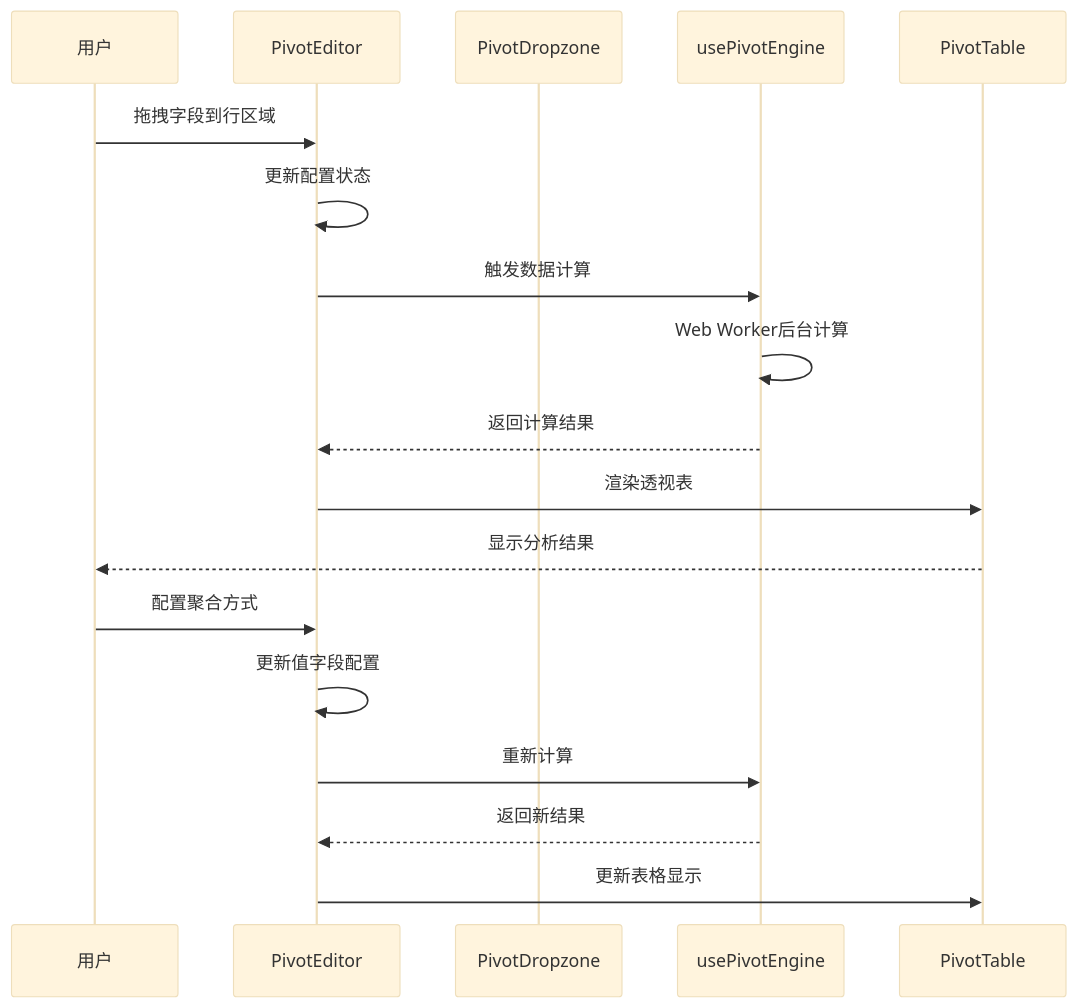
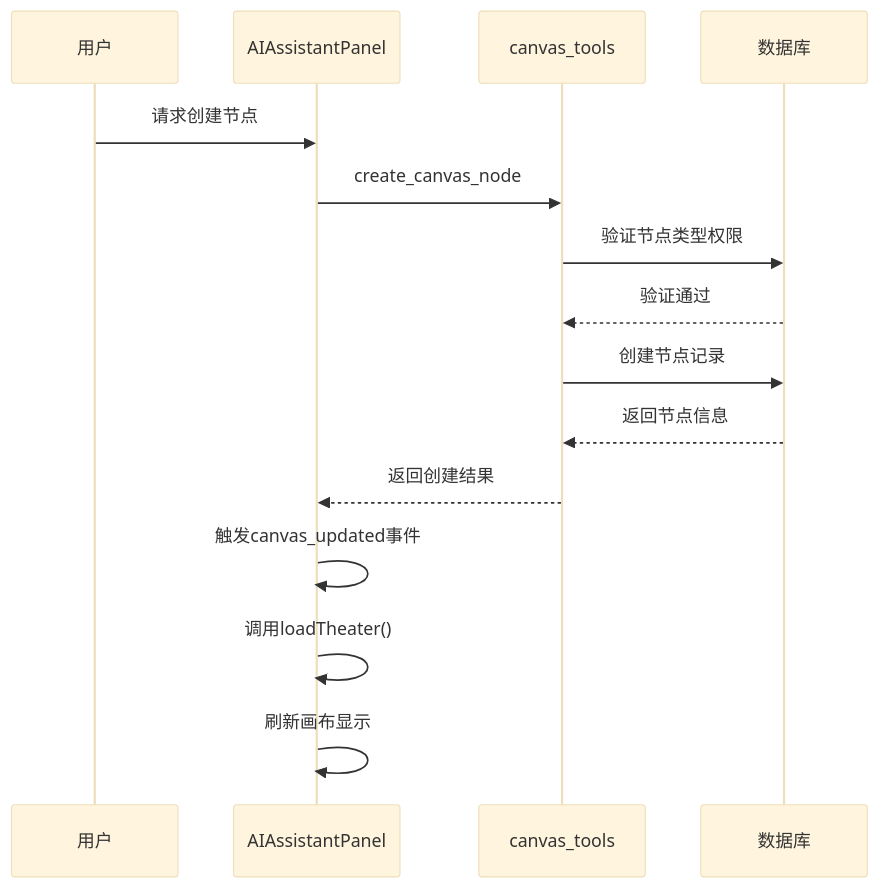
Diagram 11 of 25 in .qoder/repowiki/zh/content/系统架构/前端架构/画布故事编辑器.md (KunLabAI/KunFlix), drawn with Mermaid (base theme) before and after one commit. The commit also changed other lines of this file and 15 other files, not shown here.

````diff
--- a/.qoder/repowiki/zh/content/系统架构/前端架构/画布故事编辑器.md
+++ b/.qoder/repowiki/zh/content/系统架构/前端架构/画布故事编辑器.md
@@ -462,20 +523,17 @@
 ```mermaid
 sequenceDiagram
 participant U as 用户
-participant PE as PivotEditor
-participant PDZ as PivotDropzone
-participant UPE as usePivotEngine
-participant PT as PivotTable
-U->>PE : 拖拽字段到行区域
-PE->>PE : 更新配置状态
-PE->>UPE : 触发数据计算
-UPE->>UPE : Web Worker后台计算
-UPE-->>PE : 返回计算结果
-PE->>PT : 渲染透视表
-PT-->>U : 显示分析结果
-U->>PE : 配置聚合方式
-PE->>PE : 更新值字段配置
-PE->>UPE : 重新计算
-UPE-->>PE : 返回新结果
-PE->>PT : 更新表格显示
+participant AAP as AIAssistantPanel
+participant CT as canvas_tools
+participant DB as 数据库
+U->>AAP : 请求创建节点
+AAP->>CT : create_canvas_node
+CT->>DB : 验证节点类型权限
+DB-->>CT : 验证通过
+CT->>DB : 创建节点记录
+DB-->>CT : 返回节点信息
+CT-->>AAP : 返回创建结果
+AAP->>AAP : 触发canvas_updated事件
+AAP->>AAP : 调用loadTheater()
+AAP->>AAP : 刷新画布显示
 ```
````
